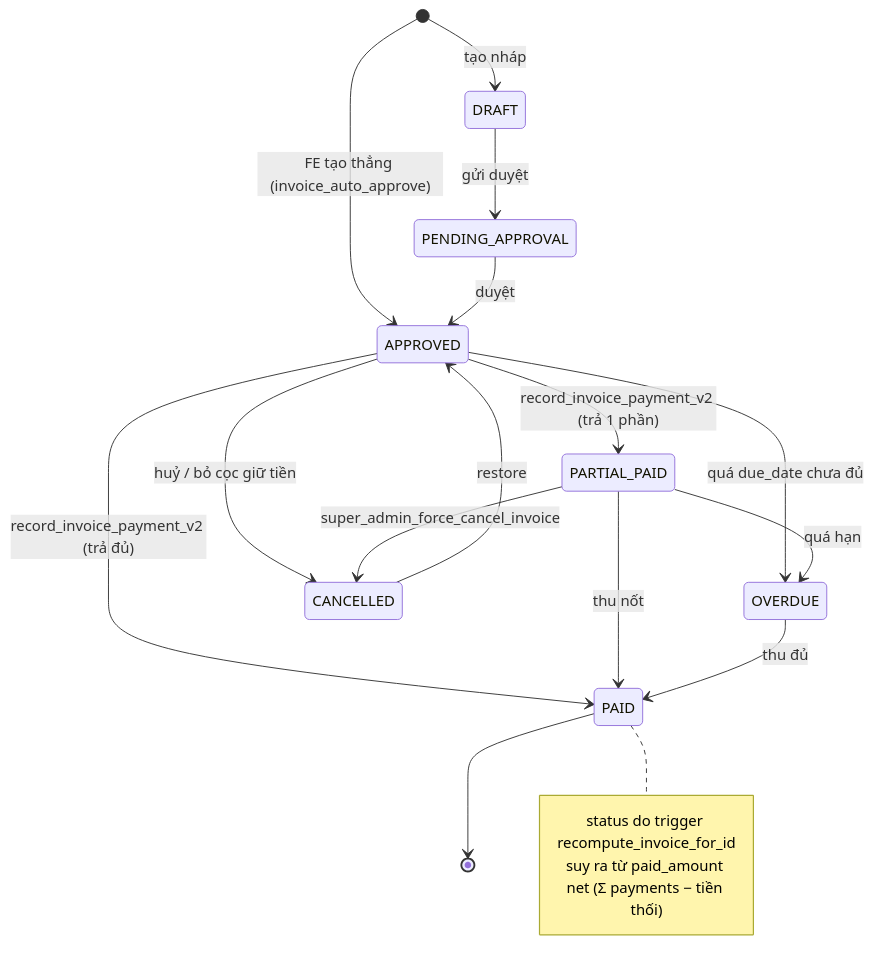
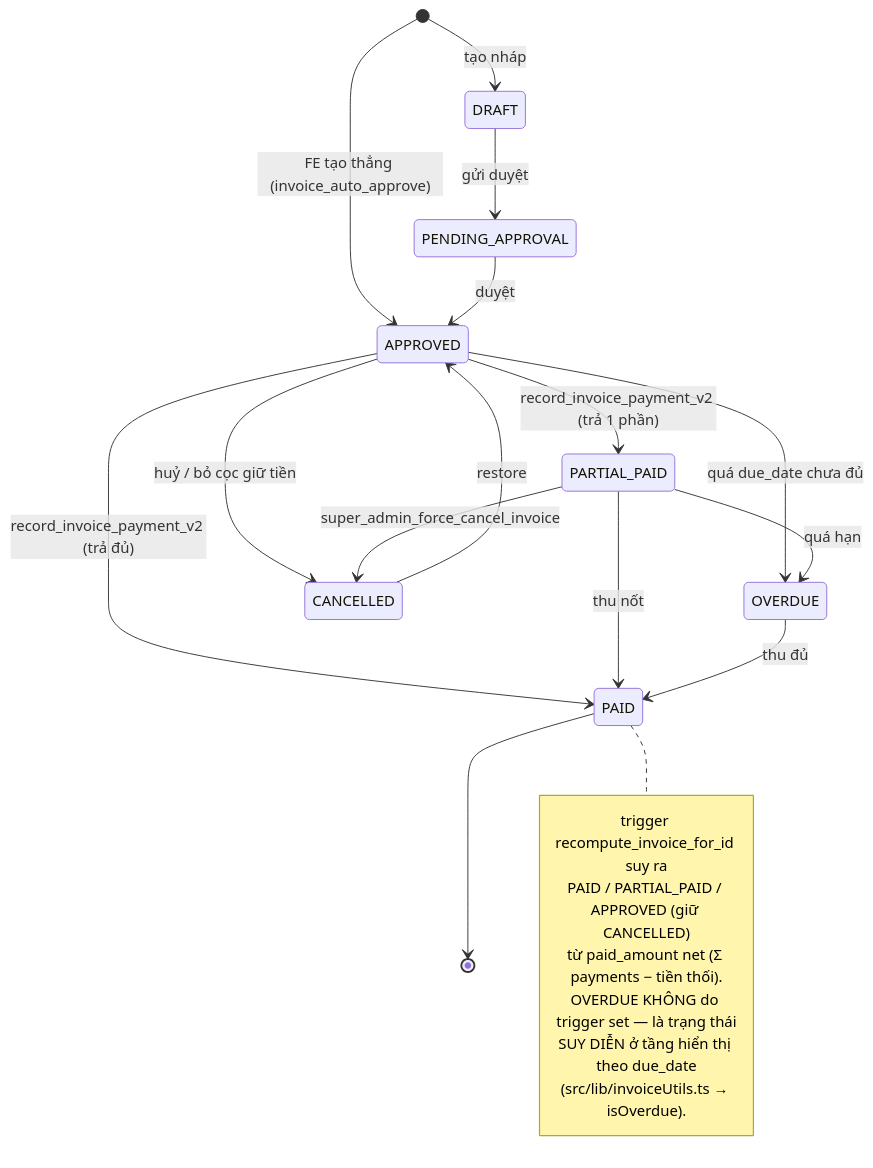
One commit to zxGreenxz/whiteboard-ihomecrm changed the fifth of 7 diagrams in docs/he-thong/99-quy-trinh-tong.md. Above: the diagram before and after it, drawn with Mermaid. The commit also changed other lines of this file and 10 other files, not shown here.

````diff
--- a/docs/he-thong/99-quy-trinh-tong.md
+++ b/docs/he-thong/99-quy-trinh-tong.md
@@ -282,21 +291,25 @@
 ```mermaid
 stateDiagram-v2
     [*] --> APPROVED: FE tạo thẳng (invoice_auto_approve)
     [*] --> DRAFT: tạo nháp
     DRAFT --> PENDING_APPROVAL: gửi duyệt
     PENDING_APPROVAL --> APPROVED: duyệt
     APPROVED --> PARTIAL_PAID: record_invoice_payment_v2 (trả 1 phần)
     APPROVED --> PAID: record_invoice_payment_v2 (trả đủ)
     PARTIAL_PAID --> PAID: thu nốt
     APPROVED --> OVERDUE: quá due_date chưa đủ
     PARTIAL_PAID --> OVERDUE: quá hạn
     OVERDUE --> PAID: thu đủ
     APPROVED --> CANCELLED: huỷ / bỏ cọc giữ tiền
     PARTIAL_PAID --> CANCELLED: super_admin_force_cancel_invoice
     CANCELLED --> APPROVED: restore
     PAID --> [*]
     note right of PAID
-        status do trigger recompute_invoice_for_id
-        suy ra từ paid_amount net (Σ payments − tiền thối)
+        trigger recompute_invoice_for_id suy ra
+        PAID / PARTIAL_PAID / APPROVED (giữ CANCELLED)
+        từ paid_amount net (Σ payments − tiền thối).
+        OVERDUE KHÔNG do trigger set — là trạng thái
+        SUY DIỄN ở tầng hiển thị theo due_date
+        (src/lib/invoiceUtils.ts → isOverdue).
     end note
 ```
````
